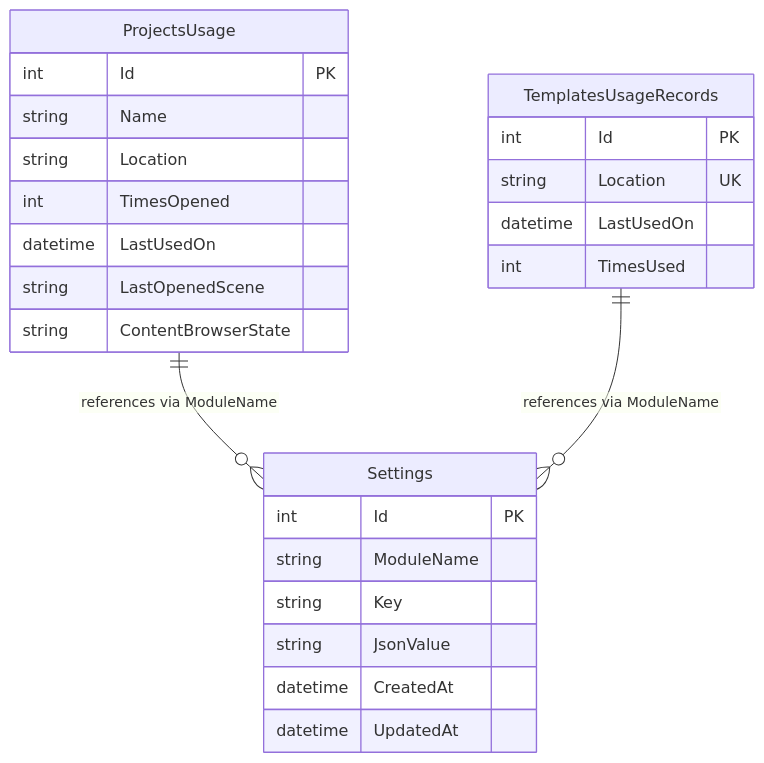
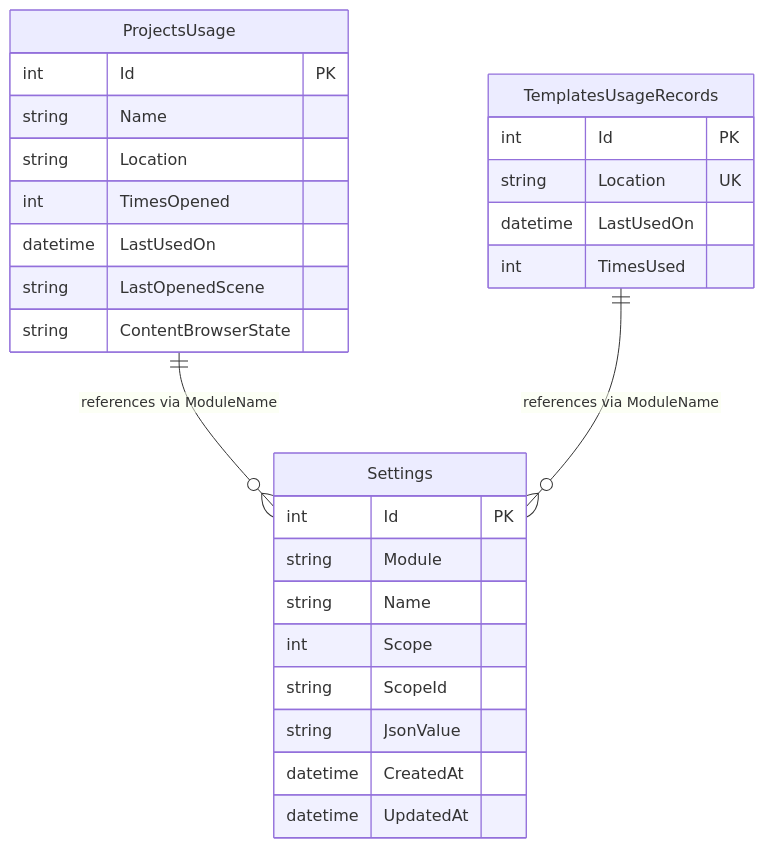
One commit to abdes/DroidNet changed the diagram in projects/Oxygen.Editor.Data/docs/data-model.md. Above: the diagram before and after it, drawn with Mermaid. The commit also changed other lines of this file and 56 other files, not shown here.

````diff
--- a/projects/Oxygen.Editor.Data/docs/data-model.md
+++ b/projects/Oxygen.Editor.Data/docs/data-model.md
@@ -22,31 +22,33 @@
 ```mermaid
 erDiagram
     ProjectsUsage {
         int Id PK
         string Name
         string Location
         int TimesOpened
         datetime LastUsedOn
         string LastOpenedScene
         string ContentBrowserState
     }
 
     TemplatesUsageRecords {
         int Id PK
         string Location UK
         datetime LastUsedOn
         int TimesUsed
     }
 
     Settings {
         int Id PK
-        string ModuleName
-        string Key
+        string Module
+        string Name
+        int Scope
+        string ScopeId
         string JsonValue
         datetime CreatedAt
         datetime UpdatedAt
     }
 
     ProjectsUsage ||--o{ Settings : "references via ModuleName"
     TemplatesUsageRecords ||--o{ Settings : "references via ModuleName"
 ```
````
